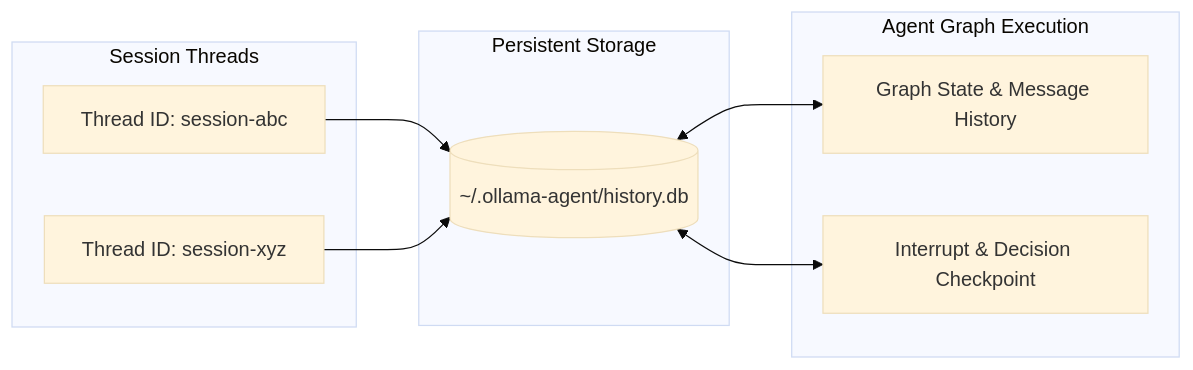
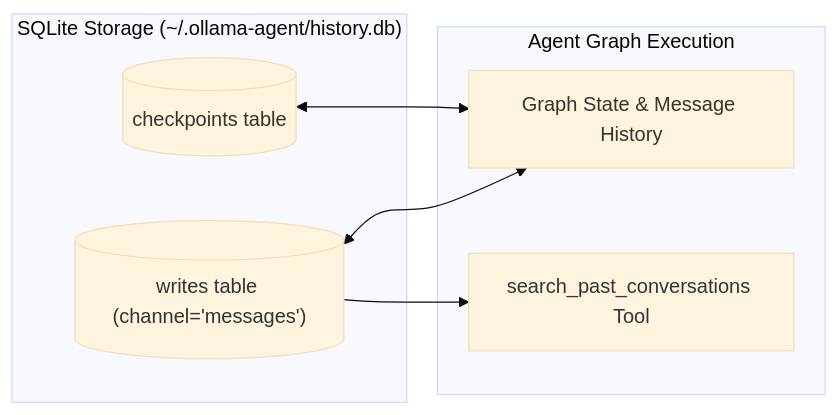
The fourth of 8 diagrams in docs/architecture.md (arrase/ollama-agent), drawn with Mermaid (base theme) before and after one commit. The commit also changed other lines of this file and 8 other files, not shown here.

````diff
--- a/docs/architecture.md
+++ b/docs/architecture.md
@@ -118,21 +127,16 @@
 ```mermaid
 flowchart LR
-    subgraph Storage ["Persistent Storage"]
-        DB[("~/.ollama-agent/history.db")]
-    end
-
-    subgraph Sessions ["Session Threads"]
-        T1["Thread ID: session-abc"]
-        T2["Thread ID: session-xyz"]
+    subgraph Storage ["SQLite Storage (~/.ollama-agent/history.db)"]
+        Checkpoints[("checkpoints table")]
+        Writes[("writes table (channel='messages')")]
     end
 
     subgraph Runtime ["Agent Graph Execution"]
         GraphState["Graph State & Message History"]
-        InterruptState["Interrupt & Decision Checkpoint"]
+        EpisodicSearch["search_past_conversations Tool"]
     end
 
-    T1 --> DB
-    T2 --> DB
-    DB <--> GraphState
-    DB <--> InterruptState
+    Checkpoints <--> GraphState
+    Writes <--> GraphState
+    Writes --> EpisodicSearch
 ```
````
